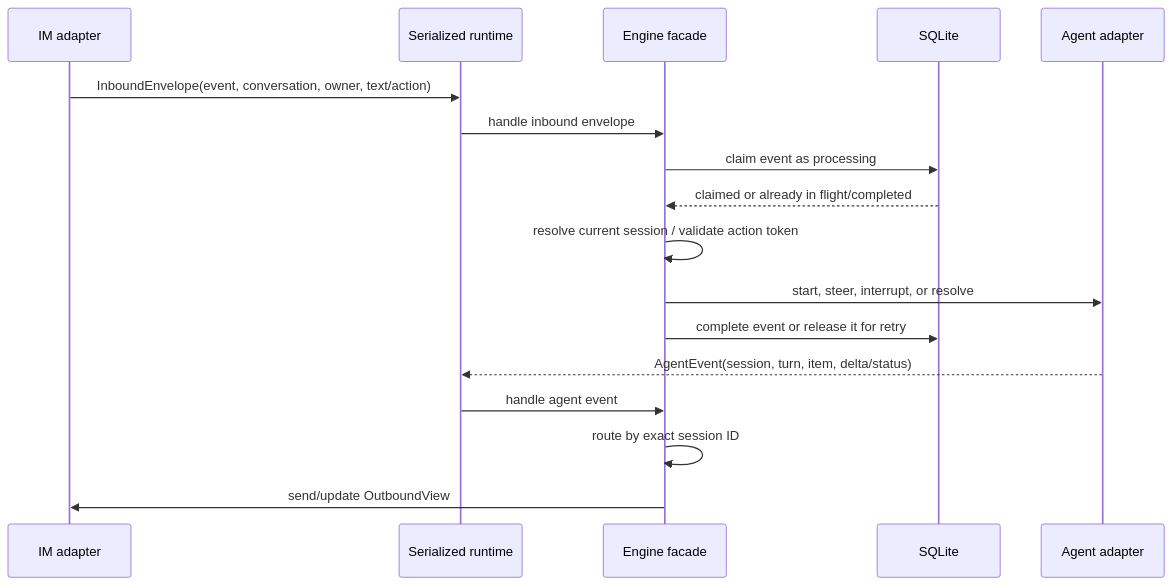
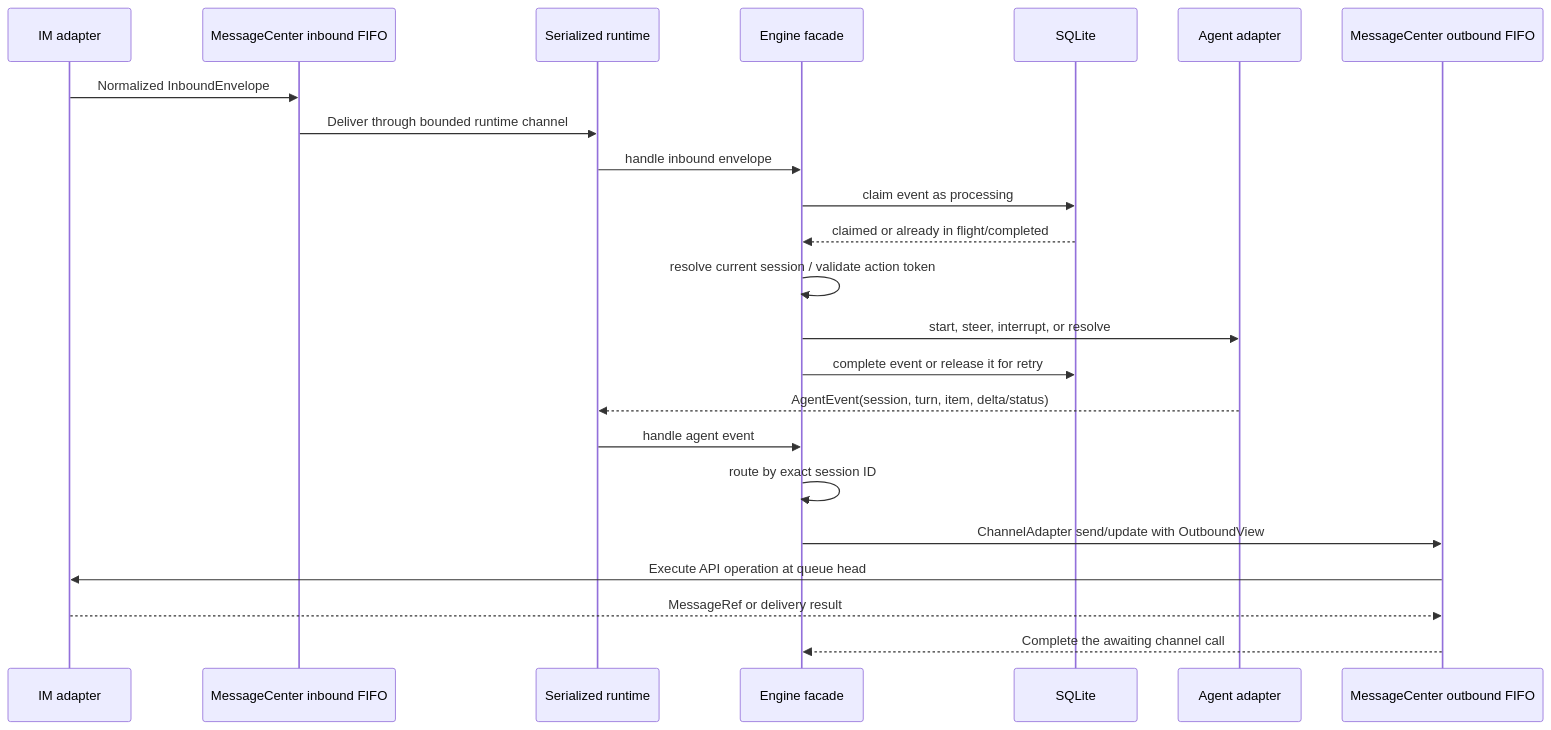
Before and after one commit to tenfyzhong/agentix: the second of 3 diagrams in docs/architecture.md, drawn with Mermaid. The commit also changed other lines of this file and 10 other files, not shown here.

First line of the commit message:
refactor: route IM traffic through a duplex FIFO message center (#14)

````diff
--- a/docs/architecture.md
+++ b/docs/architecture.md
@@ -46,20 +85,26 @@
 ```mermaid
 sequenceDiagram
     participant IM as IM adapter
+    participant In as MessageCenter inbound FIFO
     participant Runtime as Serialized runtime
     participant Core as Engine facade
     participant DB as SQLite
     participant Agent as Agent adapter
+    participant Out as MessageCenter outbound FIFO
 
-    IM->>Runtime: InboundEnvelope(event, conversation, owner, text/action)
+    IM->>In: Normalized InboundEnvelope
+    In->>Runtime: Deliver through bounded runtime channel
     Runtime->>Core: handle inbound envelope
     Core->>DB: claim event as processing
     DB-->>Core: claimed or already in flight/completed
     Core->>Core: resolve current session / validate action token
     Core->>Agent: start, steer, interrupt, or resolve
     Core->>DB: complete event or release it for retry
     Agent-->>Runtime: AgentEvent(session, turn, item, delta/status)
     Runtime->>Core: handle agent event
     Core->>Core: route by exact session ID
-    Core->>IM: send/update OutboundView
+    Core->>Out: ChannelAdapter send/update with OutboundView
+    Out->>IM: Execute API operation at queue head
+    IM-->>Out: MessageRef or delivery result
+    Out-->>Core: Complete the awaiting channel call
 ```
````
